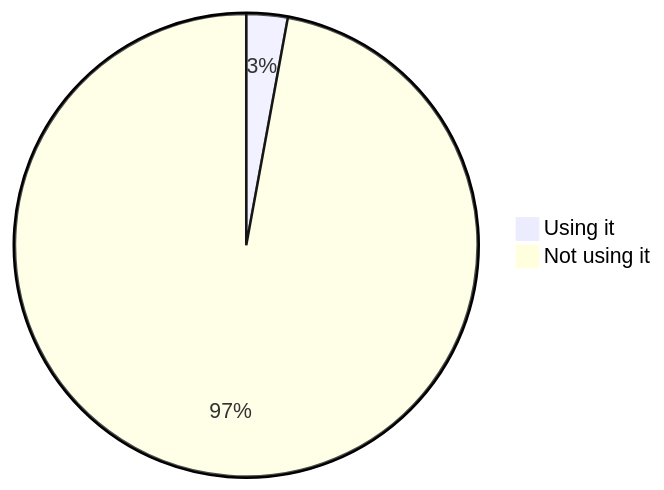
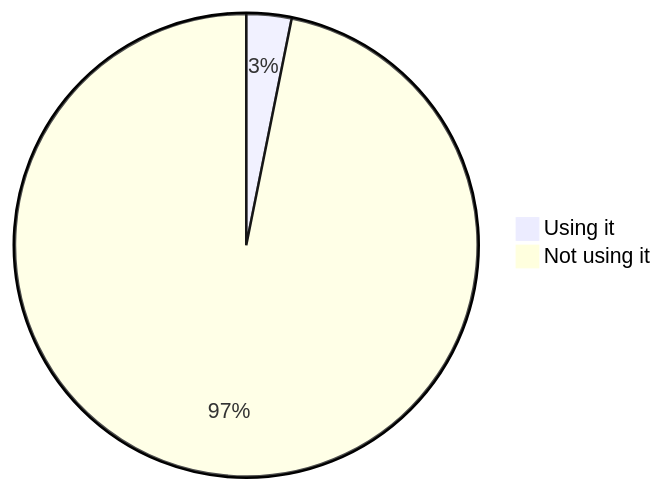
One commit to oshp/oshp-stats changed the fifth of 18 diagrams in stats.md. Above: the diagram before and after it, drawn with Mermaid. The commit also changed other lines of this file and 1 other file, not shown here.

````diff
--- a/stats.md
+++ b/stats.md
@@ -56,6 +56,6 @@
 ```mermaid
 pie
-	"Using it" : 2.88
-	"Not using it" : 97.12
+	"Using it" : 3.15
+	"Not using it" : 96.85
 
 ```
````
